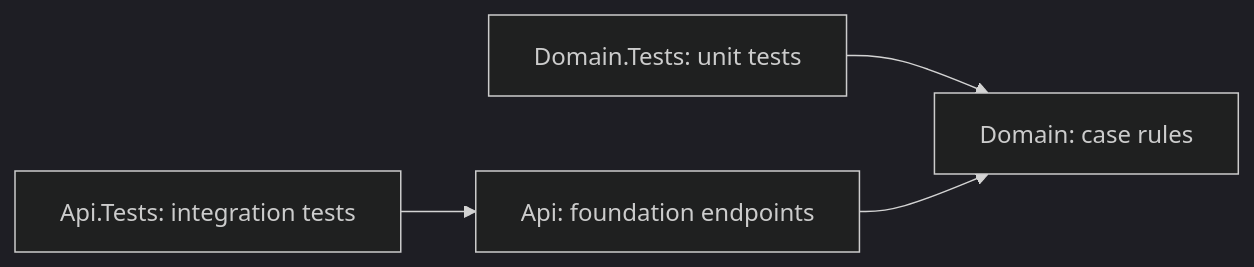
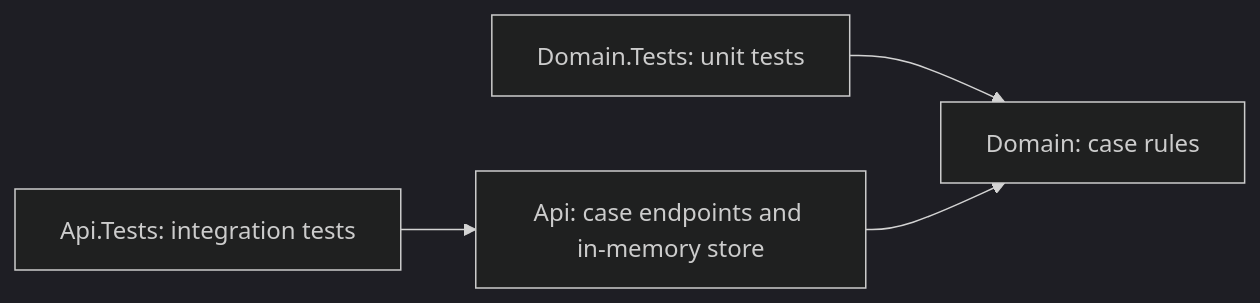
The diagram in README.md (shivamchopra/enterprise-case-intelligence), drawn with Mermaid (dark theme) before and after one commit. The commit also changed other lines of this file and 15 other files, not shown here.

Commit message:
feat: implement local case API with isolated in-memory storage

````diff
--- a/README.md
+++ b/README.md
@@ -38,6 +42,6 @@
 ```mermaid
 flowchart LR
-    ApiTests[Api.Tests: integration tests] --> Api[Api: foundation endpoints]
+    ApiTests[Api.Tests: integration tests] --> Api[Api: case endpoints and in-memory store]
     DomainTests[Domain.Tests: unit tests] --> Domain[Domain: case rules]
     Api --> Domain
 ```
````
